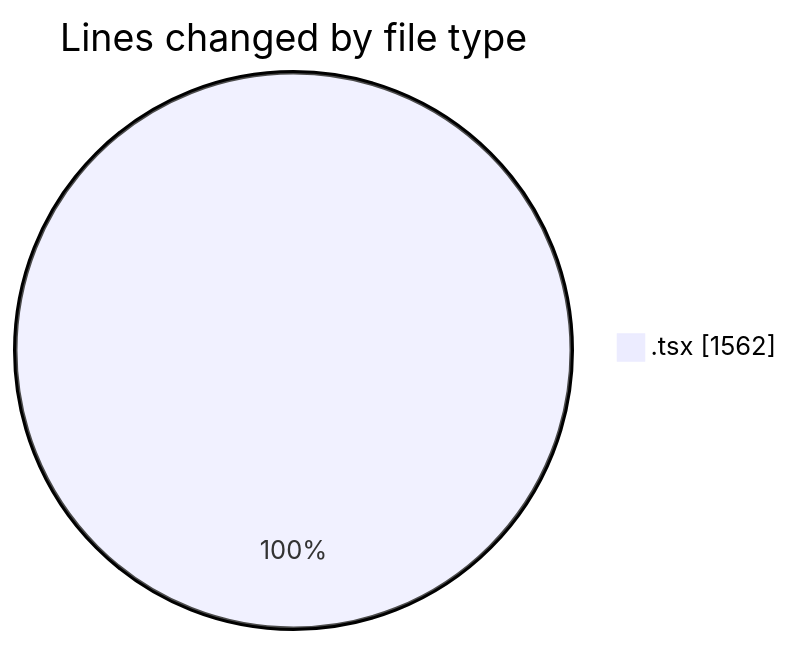
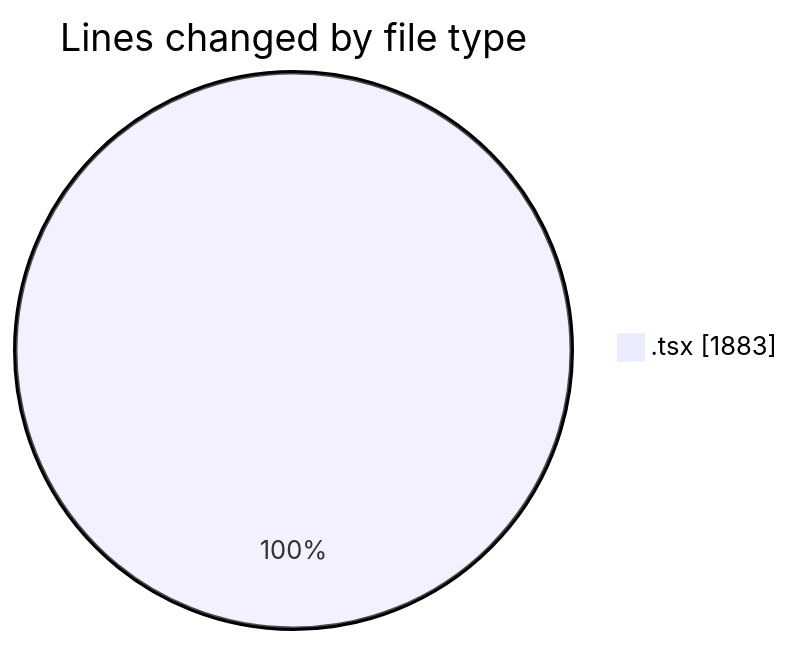
The first of 2 diagrams in 2026-08-24/nxtqube_webapp/README.md (nxtqubesakshisongat/code-tracking), drawn with Mermaid before and after one commit. The commit also changed other lines of this file and 1 other file, not shown here.

````diff
--- a/2026-08-24/nxtqube_webapp/README.md
+++ b/2026-08-24/nxtqube_webapp/README.md
@@ -27,5 +29,5 @@
 ```mermaid
 pie showData
 title Lines changed by file type
-".tsx" : 1562
+".tsx" : 1883
 ```
````
